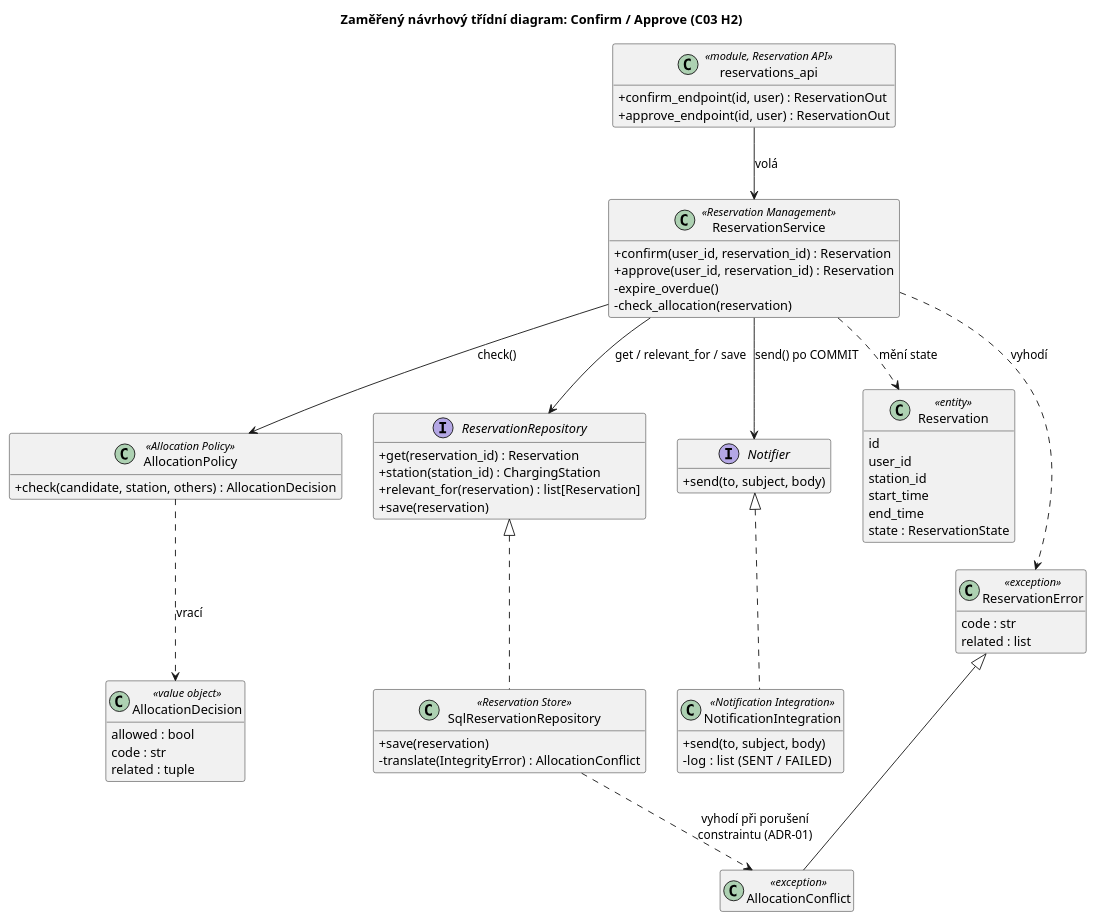
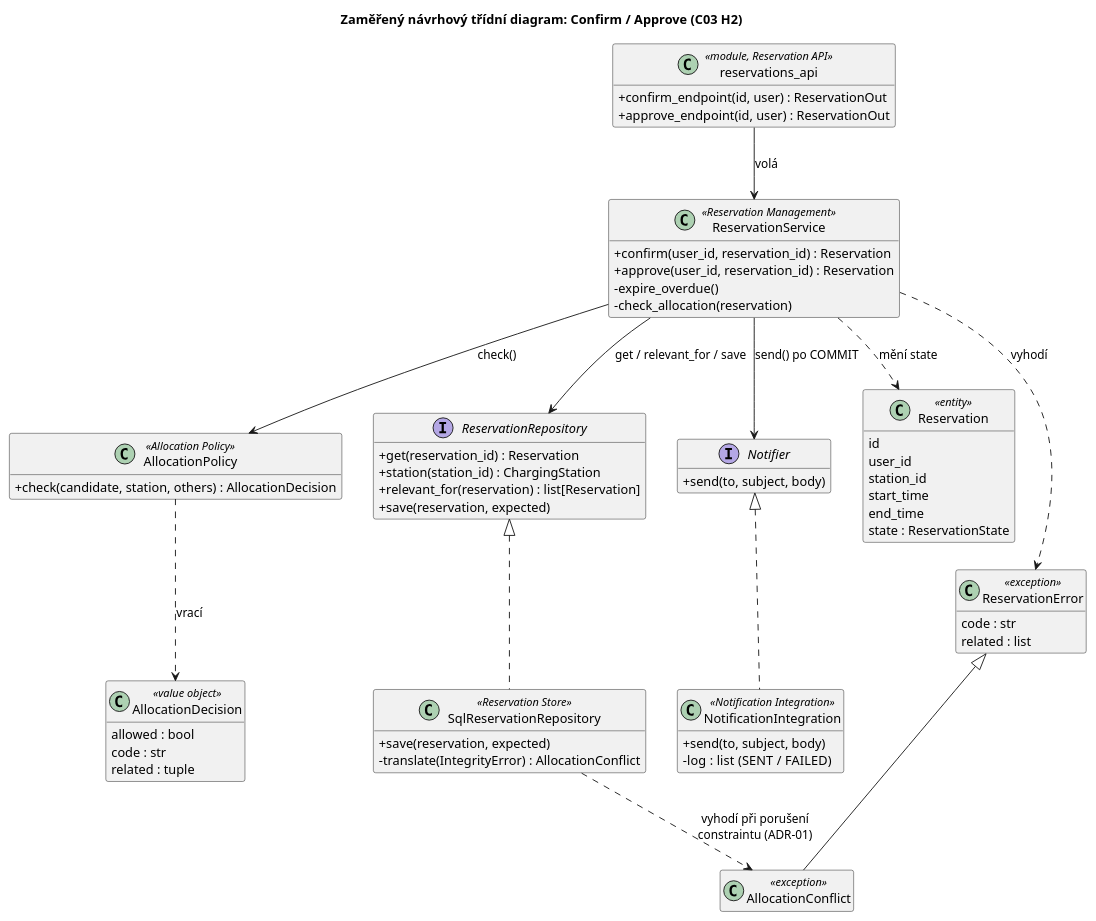
The diagram in docs/diagrams/c03-design-classes.puml (alexejjuzaninov/EC-reservationSystem), drawn with PlantUML before and after one commit. The commit also changed 10 other files, not shown here.

```diff
--- a/docs/diagrams/c03-design-classes.puml
+++ b/docs/diagrams/c03-design-classes.puml
@@ -1,76 +1,76 @@
 @startuml c03-design-classes
 title Zaměřený návrhový třídní diagram: Confirm / Approve (C03 H2)
 skinparam classAttributeIconSize 0
 hide empty members
 
 class "reservations_api" as API <<module, Reservation API>> {
   + confirm_endpoint(id, user) : ReservationOut
   + approve_endpoint(id, user) : ReservationOut
 }
 
 class ReservationService <<Reservation Management>> {
   + confirm(user_id, reservation_id) : Reservation
   + approve(user_id, reservation_id) : Reservation
   - expire_overdue()
   - check_allocation(reservation)
 }
 
 class AllocationPolicy <<Allocation Policy>> {
   + check(candidate, station, others) : AllocationDecision
 }
 
 class AllocationDecision <<value object>> {
   allowed : bool
   code : str
   related : tuple
 }
 
 interface ReservationRepository {
   + get(reservation_id) : Reservation
   + station(station_id) : ChargingStation
   + relevant_for(reservation) : list[Reservation]
-  + save(reservation)
+  + save(reservation, expected)
 }
 
 class SqlReservationRepository <<Reservation Store>> {
-  + save(reservation)
+  + save(reservation, expected)
   - translate(IntegrityError) : AllocationConflict
 }
 
 interface Notifier {
   + send(to, subject, body)
 }
 
 class NotificationIntegration <<Notification Integration>> {
   + send(to, subject, body)
   - log : list  (SENT / FAILED)
 }
 
 class Reservation <<entity>> {
   id
   user_id
   station_id
   start_time
   end_time
   state : ReservationState
 }
 
 class ReservationError <<exception>> {
   code : str
   related : list
 }
 
 class AllocationConflict <<exception>>
 
 API --> ReservationService : volá
 ReservationService --> AllocationPolicy : check()
 ReservationService --> ReservationRepository : get / relevant_for / save
 ReservationService --> Notifier : send() po COMMIT
 ReservationService ..> Reservation : mění state
 AllocationPolicy ..> AllocationDecision : vrací
 ReservationRepository <|.. SqlReservationRepository
 Notifier <|.. NotificationIntegration
 SqlReservationRepository ..> AllocationConflict : vyhodí při porušení\nconstraintu (ADR-01)
 ReservationError <|-- AllocationConflict
 ReservationService ..> ReservationError : vyhodí
 @enduml
```
